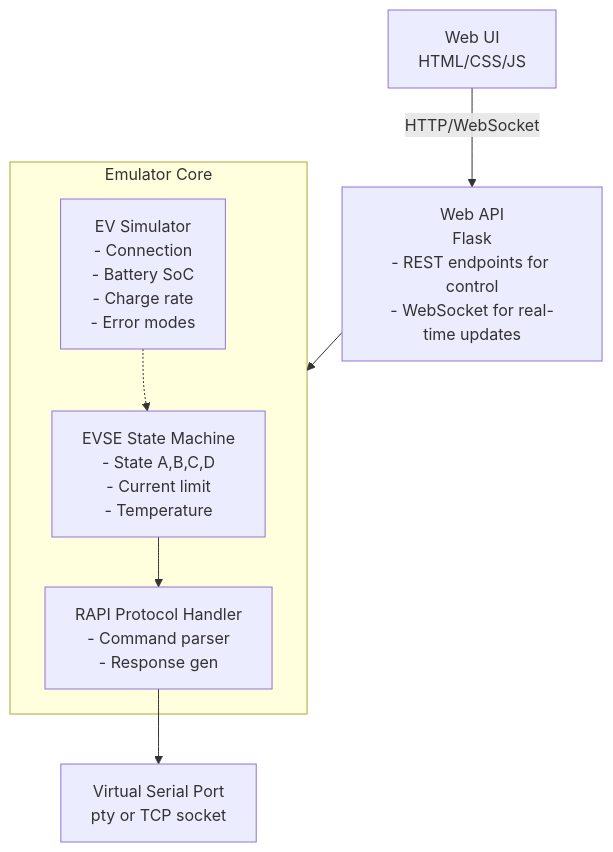
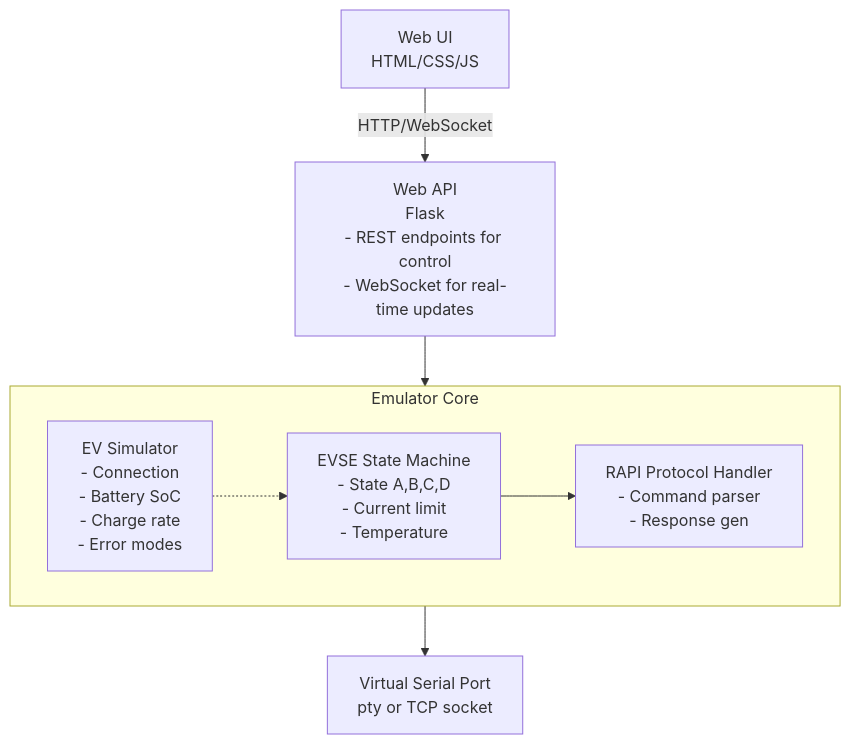
The diagram in SPEC.md (jeremypoulter/OpenEVSE_Emulator), drawn with Mermaid before and after one commit. The commit also changed 1 other file, not shown here.

Commit message:
Improve Mermaid diagram structure for better scoping

````diff
--- a/SPEC.md
+++ b/SPEC.md
@@ -22,14 +22,15 @@
 ```mermaid
 graph TD
     A[Web UI<br/>HTML/CSS/JS] -->|HTTP/WebSocket| B[Web API<br/>Flask<br/>- REST endpoints for control<br/>- WebSocket for real-time updates]
     B --> EmulatorCore
     
     subgraph EmulatorCore[Emulator Core]
         D[EVSE State Machine<br/>- State A,B,C,D<br/>- Current limit<br/>- Temperature]
         E[EV Simulator<br/>- Connection<br/>- Battery SoC<br/>- Charge rate<br/>- Error modes]
+        F[RAPI Protocol Handler<br/>- Command parser<br/>- Response gen]
         E -.-> D
-        D --> F[RAPI Protocol Handler<br/>- Command parser<br/>- Response gen]
+        D --> F
     end
     
-    F --> G[Virtual Serial Port<br/>pty or TCP socket]
+    EmulatorCore --> G[Virtual Serial Port<br/>pty or TCP socket]
 ```
````
